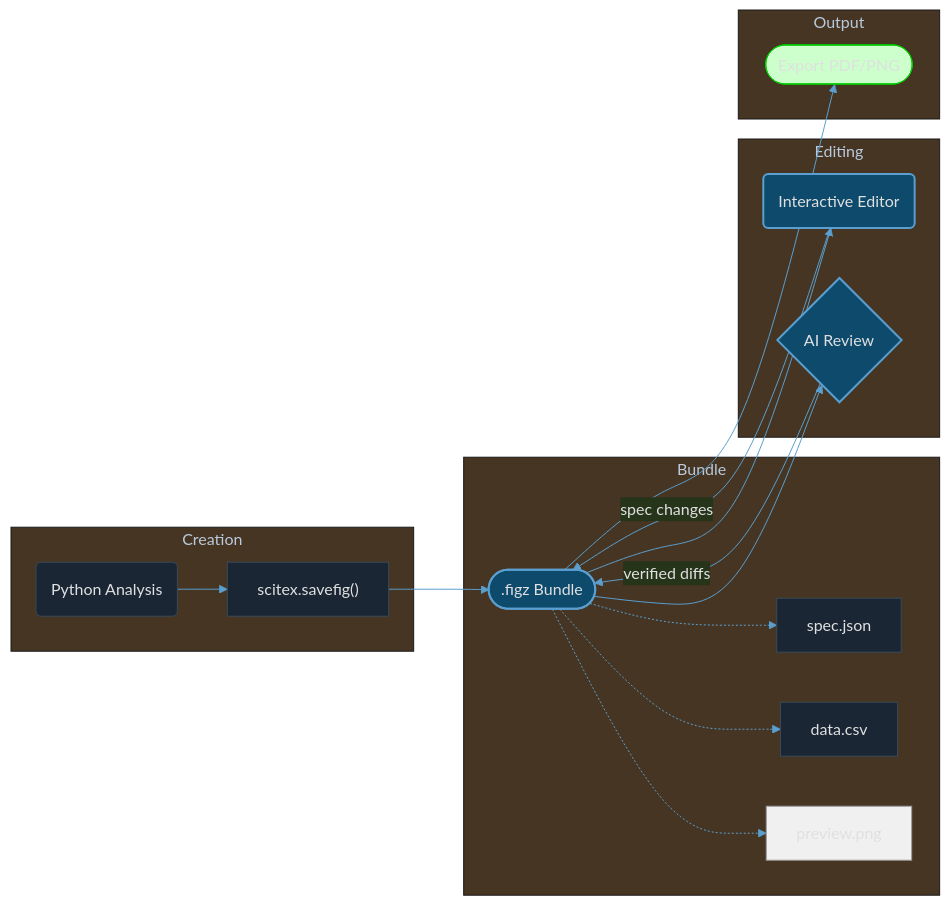
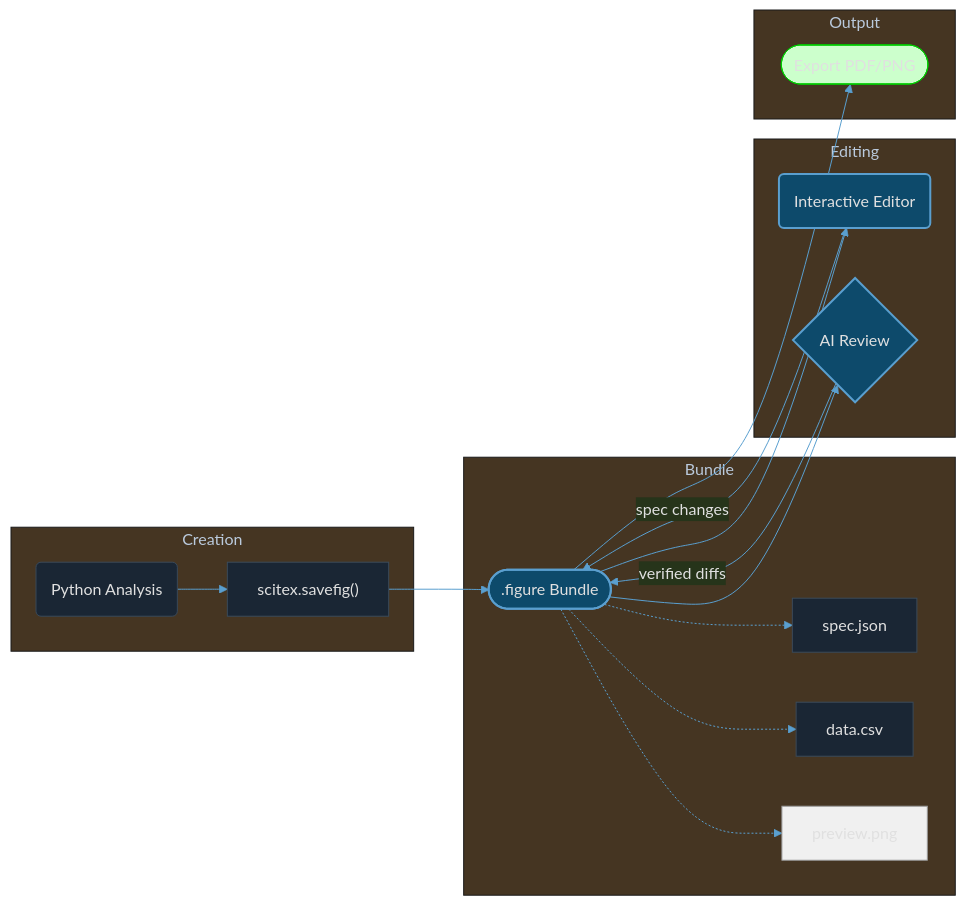
The diagram in src/scitex/diagram/.dev/output/scitex_workflow.mmd (ywatanabe1989/scitex-python), drawn with Mermaid before and after one commit. The commit also changed 93 other files, not shown here.

```diff
--- a/src/scitex/diagram/.dev/output/scitex_workflow.mmd
+++ b/src/scitex/diagram/.dev/output/scitex_workflow.mmd
@@ -1,34 +1,34 @@
 %%{init: {"theme": "base", "themeVariables": {"primaryColor": "#1a2634", "primaryTextColor": "#e0e0e0", "primaryBorderColor": "#3a4a5a", "lineColor": "#5a9fcf"}}}%%
 graph LR
     subgraph Creation["Creation"]
         python_code("Python Analysis")
         savefig["scitex.savefig()"]
     end
     subgraph Bundle["Bundle"]
-        figz_bundle([".figz Bundle"])
+        figz_bundle([".figure Bundle"])
         spec_json["spec.json"]
         data_csv["data.csv"]
         preview["preview.png"]
     end
     subgraph Editing["Editing"]
         editor("Interactive Editor")
         ai_review{"AI Review"}
     end
     subgraph Output["Output"]
         export(["Export PDF/PNG"])
     end
     python_code --> savefig
     savefig --> figz_bundle
     figz_bundle -.-> spec_json
     figz_bundle -.-> data_csv
     figz_bundle -.-> preview
     figz_bundle --> editor
     editor -->|"spec changes"| figz_bundle
     figz_bundle --> ai_review
     ai_review -->|"verified diffs"| figz_bundle
     figz_bundle --> export
     style figz_bundle fill:#0d4a6b,stroke:#5a9fcf,stroke-width:2px
     style preview fill:#f0f0f0,stroke:#999999
     style editor fill:#0d4a6b,stroke:#5a9fcf,stroke-width:2px
     style ai_review fill:#0d4a6b,stroke:#5a9fcf,stroke-width:2px
     style export fill:#ccffcc,stroke:#00cc00
```
